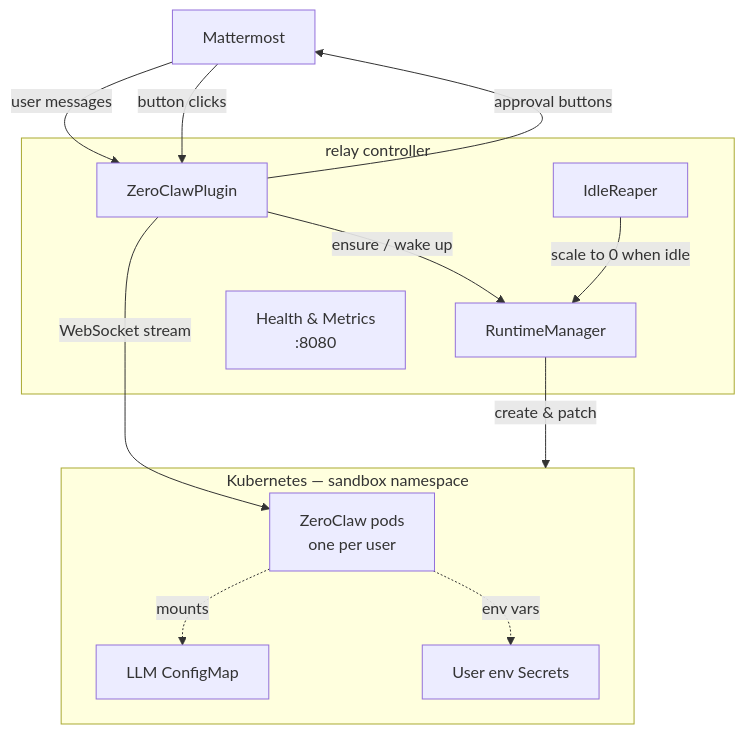
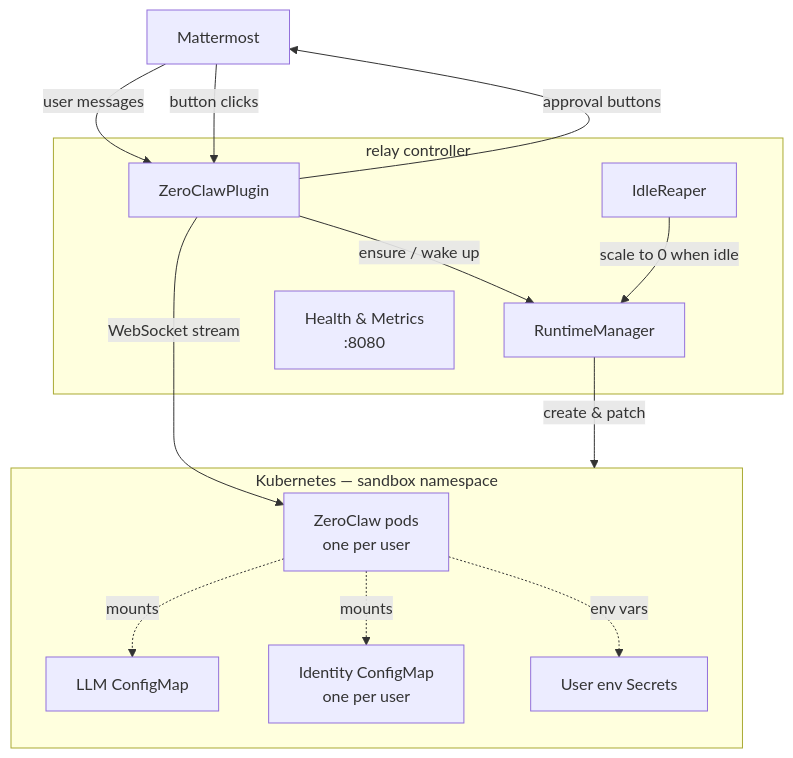
The diagram in README.md (vikbaranov/relay), drawn with Mermaid before and after one commit. The commit also changed other lines of this file and 25 other files, not shown here.

````diff
--- a/README.md
+++ b/README.md
@@ -29,27 +30,29 @@
 ```mermaid
 graph TD
     MM[Mattermost]
 
     subgraph ctrl [relay controller]
         P[ZeroClawPlugin]
         RM[RuntimeManager]
         IR[IdleReaper]
         HM[Health & Metrics\n:8080]
     end
 
     subgraph k8s [Kubernetes — sandbox namespace]
         ZC["ZeroClaw pods\none per user"]
         CM[LLM ConfigMap]
+        ICM[Identity ConfigMap\none per user]
         SEC[User env Secrets]
     end
 
     MM -- user messages --> P
     P -- approval buttons --> MM
     MM -- button clicks --> P
     P -- ensure / wake up --> RM
     RM -- create & patch --> k8s
     IR -- scale to 0 when idle --> RM
     P -- WebSocket stream --> ZC
     ZC -. mounts .-> CM
+    ZC -. mounts .-> ICM
     ZC -. env vars .-> SEC
 ```
````
